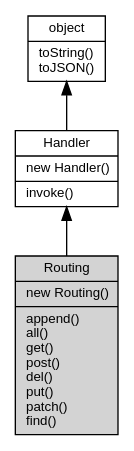
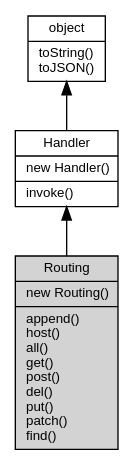
The diagram in docs/manual/object/ifs/Routing.md (fibjs/fibjs.org), drawn with Graphviz before and after one commit. The commit also changed other lines of this file and 33 other files, not shown here.

````diff
--- a/docs/manual/object/ifs/Routing.md
+++ b/docs/manual/object/ifs/Routing.md
@@ -96,12 +96,12 @@
 ```dot
 digraph {
     node [fontname="Helvetica,sans-Serif", fontsize=10, shape="record", style="filled", fillcolor="white"];
 
     object [tooltip="object", URL="object.md", label="{object|toString()\ltoJSON()\l}"];
     Handler [tooltip="Handler", URL="Handler.md", label="{Handler|new Handler()\l|invoke()\l}"];
-    Routing [tooltip="Routing", fillcolor="lightgray", id="me", label="{Routing|new Routing()\l|append()\lall()\lget()\lpost()\ldel()\lput()\lpatch()\lfind()\l}"];
+    Routing [tooltip="Routing", fillcolor="lightgray", id="me", label="{Routing|new Routing()\l|append()\lhost()\lall()\lget()\lpost()\ldel()\lput()\lpatch()\lfind()\l}"];
 
     object -> Handler [dir=back];
     Handler -> Routing [dir=back];
 }
 ```
````
